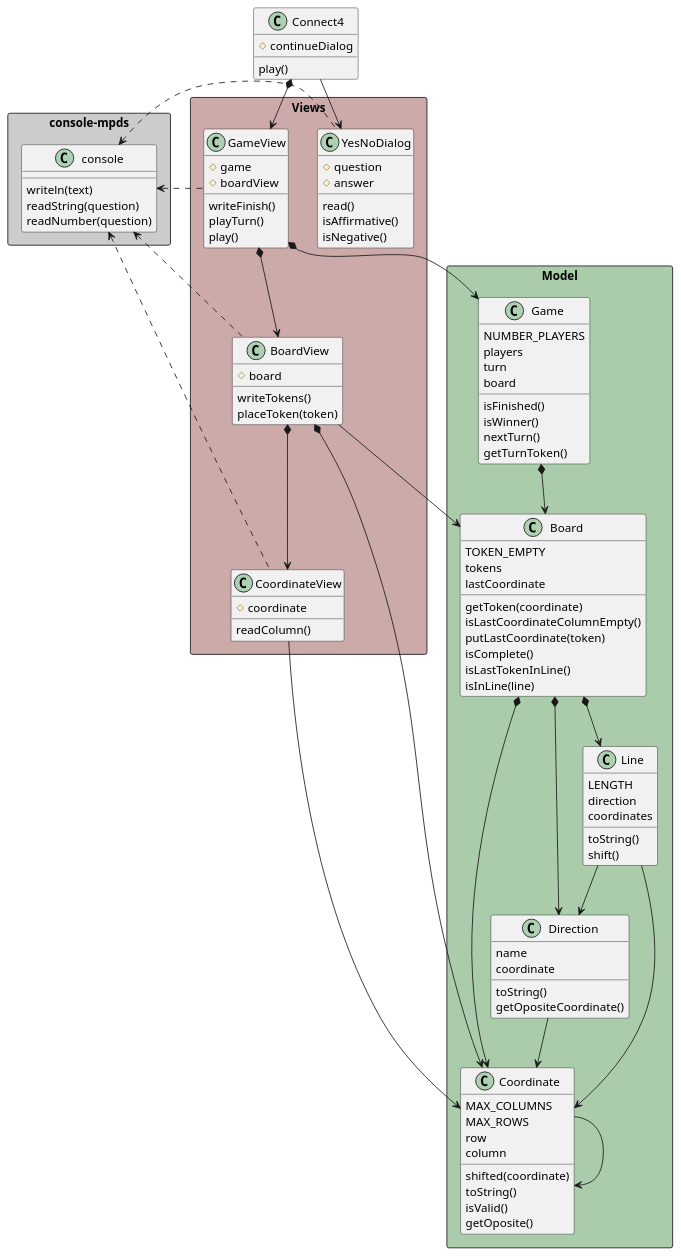
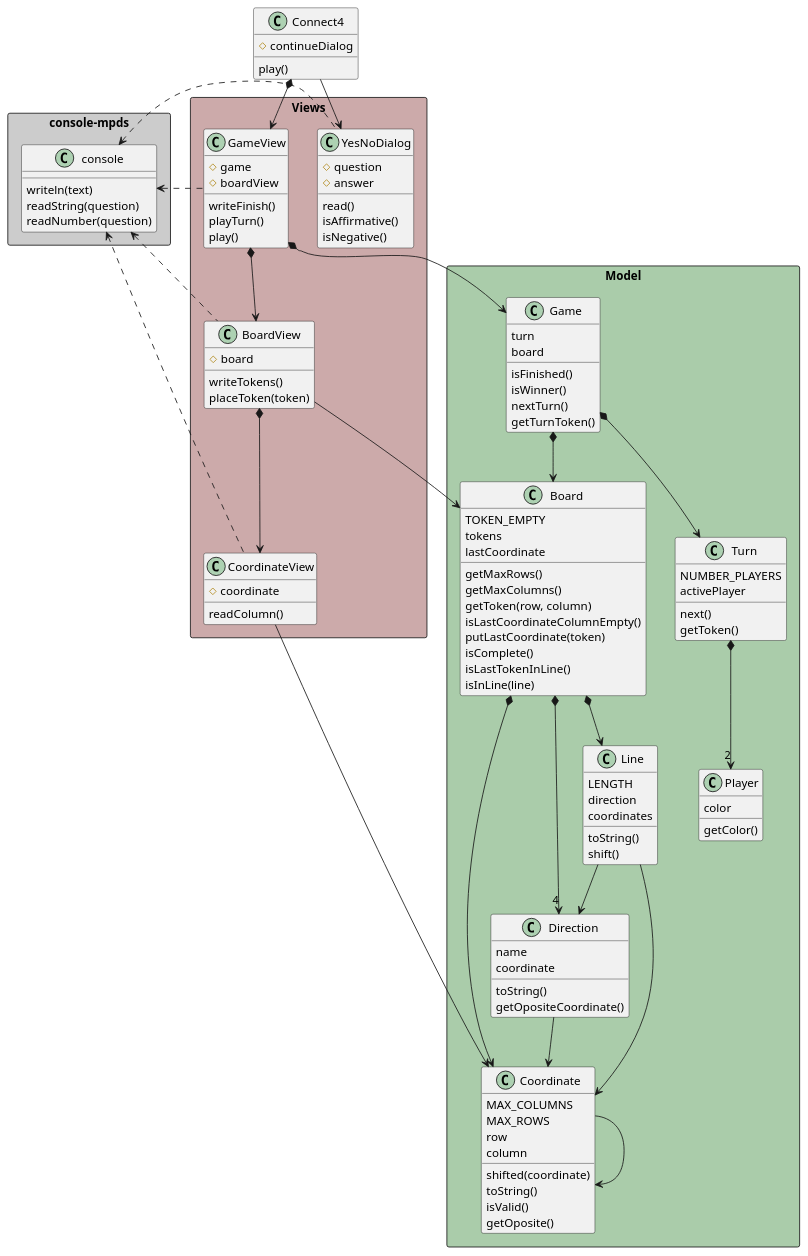
The diagram in game-connect4/docs/diagrams/objectOriented/constructorFunction/class diagram.plantuml (mpaulaherrero/escuelaIT), drawn with PlantUML before and after one commit. The commit also changed 2 other files, not shown here.

Commit message:
getMaxColumns, Turn, Player, BoarView sin Coordi

```diff
--- a/game-connect4/docs/diagrams/objectOriented/constructorFunction/class diagram.plantuml
+++ b/game-connect4/docs/diagrams/objectOriented/constructorFunction/class diagram.plantuml
@@ -1,126 +1,140 @@
 @startuml connect4_constructorFunction_classdiagram
 
 package "console-mpds" <<Rectangle>> #ccc {
     class console {
         writeln(text)
         readString(question)
         readNumber(question)
     }
 }
 
 package "Model" <<Rectangle>> #aca {
     class Coordinate {
         MAX_COLUMNS
         MAX_ROWS
         row
         column
         shifted(coordinate)
         toString()
         isValid()
         getOposite()
     }
 
     class Direction {
         name
         coordinate
         toString()
         getOpositeCoordinate()
     }
 
     class Line {
         LENGTH
         direction
         coordinates
         toString()
         shift()
     }
 
     class Board {
         TOKEN_EMPTY
         tokens
         lastCoordinate
-        getToken(coordinate)
+        getMaxRows()
+        getMaxColumns()
+        getToken(row, column)
         isLastCoordinateColumnEmpty()
         putLastCoordinate(token)
         isComplete()
         isLastTokenInLine()
         isInLine(line)
     }
 
+    class Player{
+        color
+        getColor()
+    }
+
+    class Turn{
+        NUMBER_PLAYERS
+        activePlayer
+        next()
+        getToken()
+    }
+
     class Game {
-        NUMBER_PLAYERS
-        players
         turn
         board
         isFinished()
         isWinner()
         nextTurn()
         getTurnToken()
     }
 }
 
 package "Views" <<Rectangle>> #caa {
     class CoordinateView {
         #coordinate
         readColumn()
     }
 
     class BoardView{
         #board
         writeTokens()
         placeToken(token)
     }
 
     class GameView {
         #game
         #boardView
         writeFinish()
         playTurn()
         play()
     }
 
     class YesNoDialog {
         #question
         #answer
         read()
         isAffirmative()
         isNegative()
     }
 }
 
 class Connect4 {
     #continueDialog
     play()
 }
 
 Coordinate -> Coordinate
 
 CoordinateView -> Coordinate
 
 Direction -down-> Coordinate
 
 Line -down-> Coordinate
 Line -down-> Direction
 
 Board *-down-> Coordinate
-Board *-down-> Direction
+Board *-down-> "4" Direction
 Board *-down-> Line
 
 BoardView *-down-> CoordinateView
 BoardView -down-> Board
-BoardView *-down-> Coordinate
+
+Turn *-down-> "2" Player
 
 Game *-down-> Board
+Game *-down-> Turn
 
 GameView *-down-> Game
 GameView *-down-> BoardView
 
 Connect4 -down-> YesNoDialog
 Connect4 *-down-> GameView
 
 YesNoDialog .-l-> console
 GameView .-l-> console
 BoardView .-l-> console
 CoordinateView .-l-> console
 
 @enduml
```
